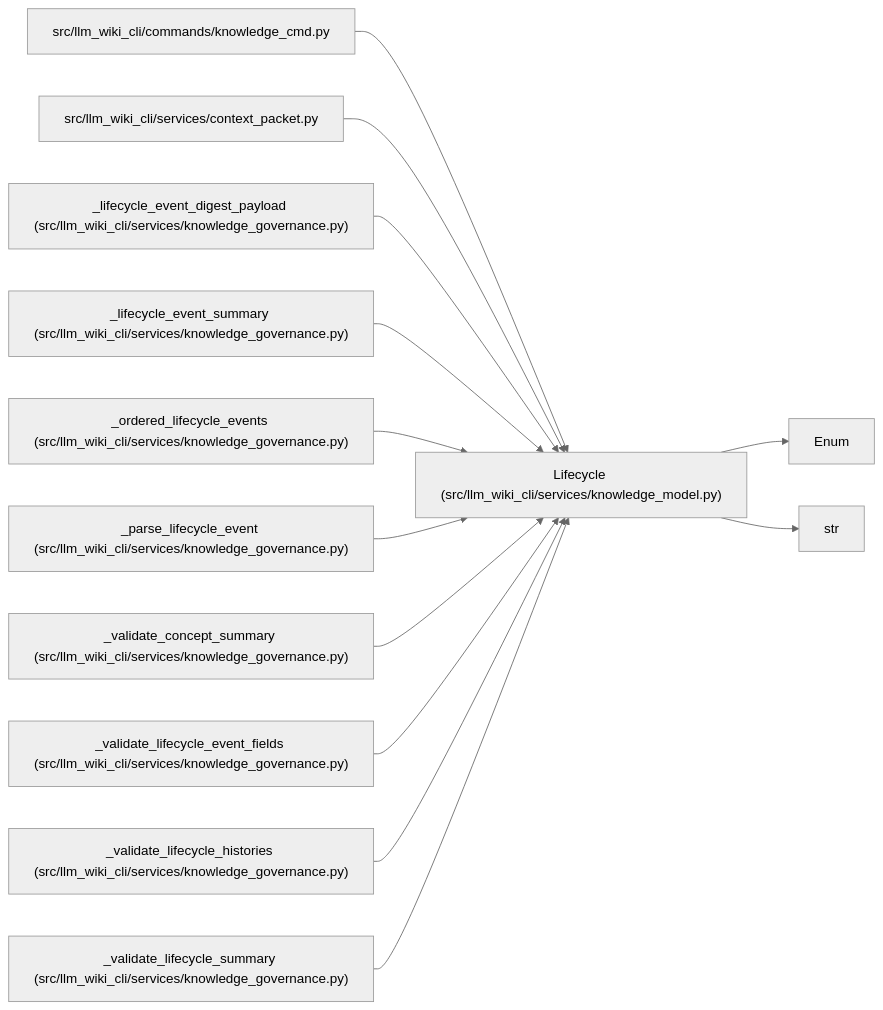
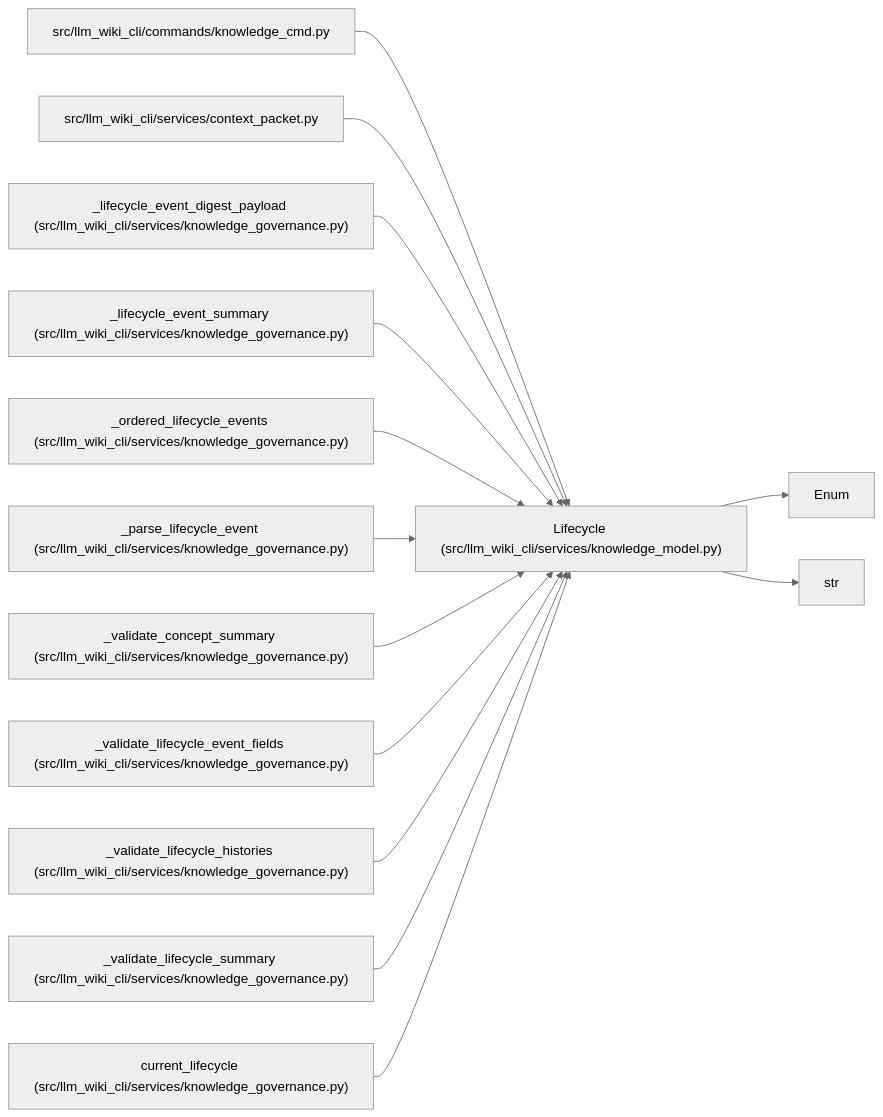
Before and after one commit to Denissvgn/python-wiki-llm: the diagram in docs/llm_wiki/entities/Lifecycle.md, drawn with Mermaid (neutral theme). The commit also changed other lines of this file and 493 other files, not shown here.

````diff
--- a/docs/llm_wiki/entities/Lifecycle.md
+++ b/docs/llm_wiki/entities/Lifecycle.md
@@ -29,39 +29,42 @@
 ```mermaid
 flowchart LR
     n0["Lifecycle (src/llm_wiki_cli/services/knowledge_model.py)"]
     n1["Enum"]
     n2["str"]
     n3["src/llm_wiki_cli/commands/knowledge_cmd.py"]
     n4["src/llm_wiki_cli/services/context_packet.py"]
     n5["_lifecycle_event_digest_payload (src/llm_wiki_cli/services/knowledge_governance.py)"]
     n6["_lifecycle_event_summary (src/llm_wiki_cli/services/knowledge_governance.py)"]
     n7["_ordered_lifecycle_events (src/llm_wiki_cli/services/knowledge_governance.py)"]
     n8["_parse_lifecycle_event (src/llm_wiki_cli/services/knowledge_governance.py)"]
     n9["_validate_concept_summary (src/llm_wiki_cli/services/knowledge_governance.py)"]
     n10["_validate_lifecycle_event_fields (src/llm_wiki_cli/services/knowledge_governance.py)"]
     n11["_validate_lifecycle_histories (src/llm_wiki_cli/services/knowledge_governance.py)"]
     n12["_validate_lifecycle_summary (src/llm_wiki_cli/services/knowledge_governance.py)"]
+    n13["current_lifecycle (src/llm_wiki_cli/services/knowledge_governance.py)"]
     n0 --> n1
     n0 --> n2
     n3 --> n0
     n4 --> n0
     n5 --> n0
     n6 --> n0
     n7 --> n0
     n8 --> n0
     n9 --> n0
     n10 --> n0
     n11 --> n0
     n12 --> n0
+    n13 --> n0
     click n0 "../modules/knowledge_model.md"
     click n3 "../modules/knowledge_cmd.md"
     click n4 "../modules/context_packet.md"
     click n5 "../modules/knowledge_governance.md"
     click n6 "../modules/knowledge_governance.md"
     click n7 "../modules/knowledge_governance.md"
     click n8 "../modules/knowledge_governance.md"
     click n9 "../modules/knowledge_governance.md"
     click n10 "../modules/knowledge_governance.md"
     click n11 "../modules/knowledge_governance.md"
     click n12 "../modules/knowledge_governance.md"
+    click n13 "../modules/knowledge_governance.md"
 ```
````
